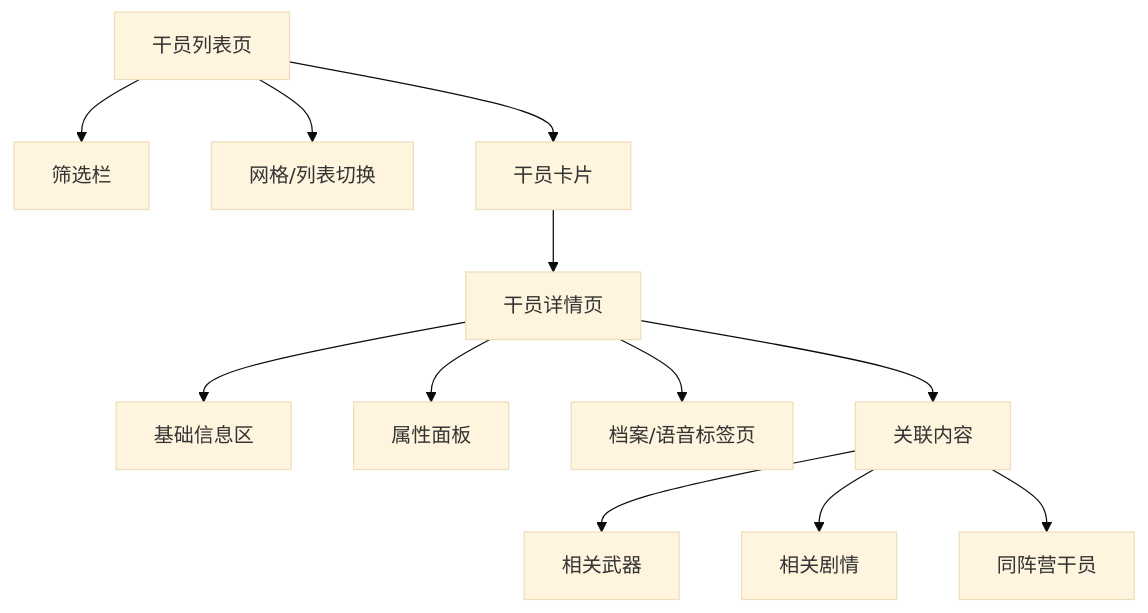
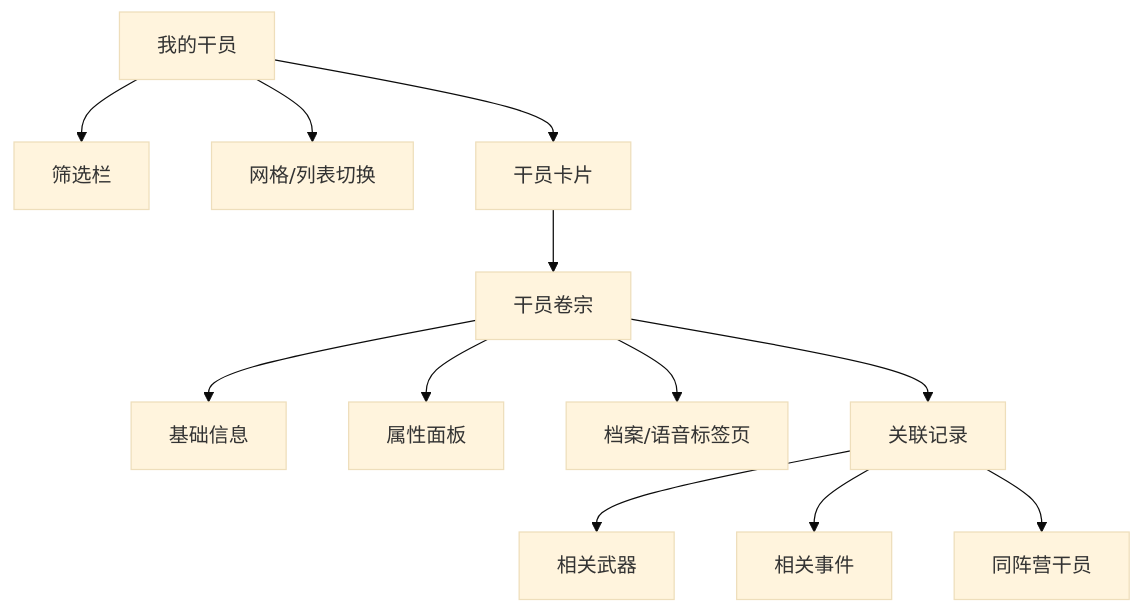
The diagram in docs/product/01-operator-archive.md (Deliay/hongshan-archives-bureau), drawn with Mermaid (base theme) before and after one commit. The commit also changed other lines of this file and 11 other files, not shown here.

````diff
--- a/docs/product/01-operator-archive.md
+++ b/docs/product/01-operator-archive.md
@@ -33,14 +33,14 @@
 ```mermaid
 flowchart TD
-    A[干员列表页] --> B[筛选栏]
+    A[我的干员] --> B[筛选栏]
     A --> C[网格/列表切换]
     A --> D[干员卡片]
-    D --> E[干员详情页]
-    E --> F[基础信息区]
+    D --> E[干员卷宗]
+    E --> F[基础信息]
     E --> G[属性面板]
     E --> H[档案/语音标签页]
-    E --> I[关联内容]
+    E --> I[关联记录]
     I --> J[相关武器]
-    I --> K[相关剧情]
+    I --> K[相关事件]
     I --> L[同阵营干员]
 ```
````
